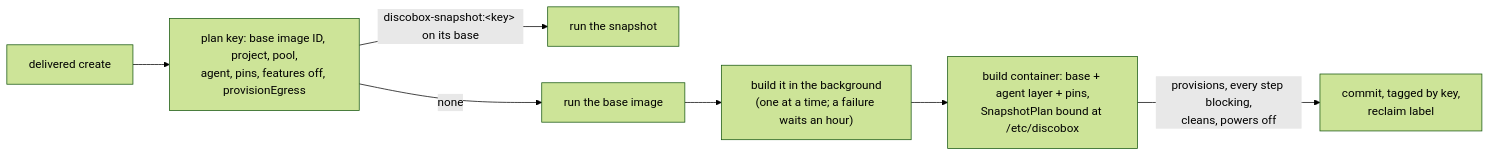
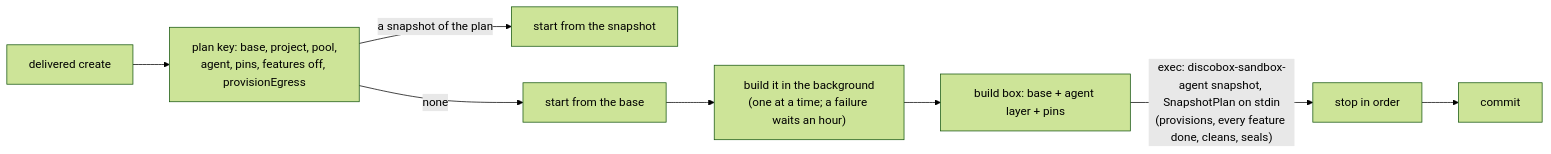
The eighth of 13 diagrams in pool-agent/DESIGN.md (discobox-ai/discobox), drawn with Mermaid (forest theme) before and after one commit. The commit also changed other lines of this file and 45 other files, not shown here.

````diff
--- a/pool-agent/DESIGN.md
+++ b/pool-agent/DESIGN.md
@@ -1496,8 +1502,9 @@
 ```mermaid
 flowchart LR
-  create["delivered create"] --> key["plan key: base image ID, project, pool,<br/>agent, pins, features off, provisionEgress"]
-  key -->|"discobox-snapshot:&lt;key&gt; on its base"| snap["run the snapshot"]
-  key -->|"none"| base["run the base image"] --> ask["build it in the background<br/>(one at a time; a failure waits an hour)"]
-  ask --> build["build container: base + agent layer + pins,<br/>SnapshotPlan bound at /etc/discobox"]
-  build -->|"provisions, every step blocking,<br/>cleans, powers off"| commit["commit, tagged by key,<br/>reclaim label"]
+  create["delivered create"] --> key["plan key: base, project, pool,<br/>agent, pins, features off, provisionEgress"]
+  key -->|"a snapshot of the plan"| snap["start from the snapshot"]
+  key -->|"none"| base["start from the base"] --> ask["build it in the background<br/>(one at a time; a failure waits an hour)"]
+  ask --> build["build box: base + agent layer + pins"]
+  build -->|"exec: discobox-sandbox-agent snapshot, SnapshotPlan on stdin<br/>(provisions, every feature done, cleans, seals)"| stop["stop in order"]
+  stop --> commit["commit"]
 ```
````
